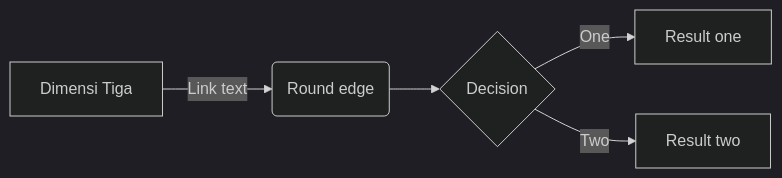
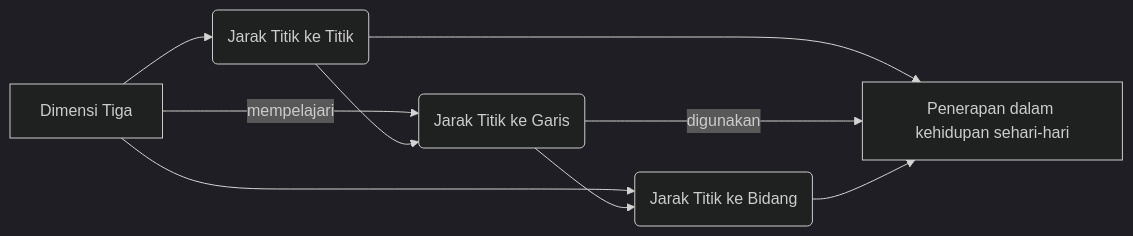
Before and after one commit to ferilee/web-lee: the diagram in content/posts/mtk-xii/1-geometri-dimensi-tiga/index.md, drawn with Mermaid (dark theme). The commit also changed other lines of this file and 4 other files, not shown here.

```diff
--- a/content/posts/mtk-xii/1-geometri-dimensi-tiga/index.md
+++ b/content/posts/mtk-xii/1-geometri-dimensi-tiga/index.md
@@ -26,7 +24,11 @@
 {{< mermaid >}}
 graph LR;
-    A[Dimensi Tiga] -->|Link text| B(Round edge)
-    B --> C{Decision}
-    C -->|One| D[Result one]
-    C -->|Two| E[Result two]
+    A[Dimensi Tiga] --> B(Jarak Titik ke Titik)
+    A --> |mempelajari| C(Jarak Titik ke Garis)
+    A --> D(Jarak Titik ke Bidang)
+    B --> C
+    B --> E
+    C --> |digunakan| E[Penerapan dalam kehidupan sehari-hari]
+    C --> D
+    D --> E
 {{< /mermaid >}}
```
